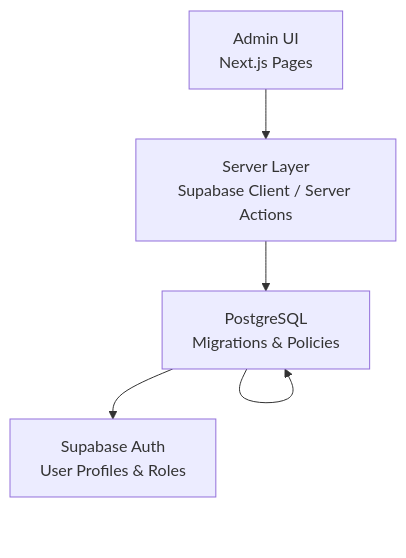
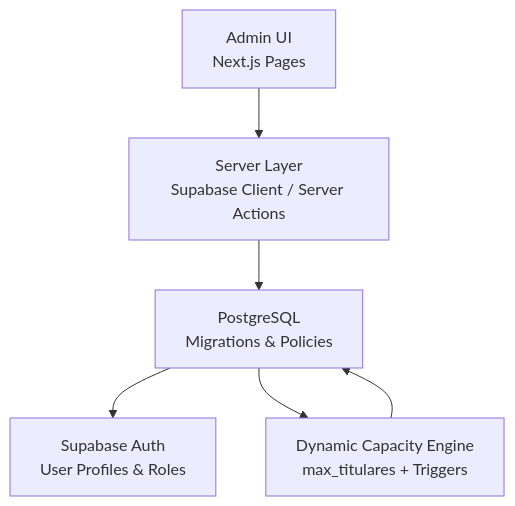
The fifth of 12 diagrams in .qoder/repowiki/en/content/Core Services & Business Logic/Admission & Cohort Management System.md (AgusCatra/simu-twin-web), drawn with Mermaid before and after one commit. The commit also changed other lines of this file and 25 other files, not shown here.

````diff
--- a/.qoder/repowiki/en/content/Core Services & Business Logic/Admission & Cohort Management System.md
+++ b/.qoder/repowiki/en/content/Core Services & Business Logic/Admission & Cohort Management System.md
@@ -107,11 +213,13 @@
 ```mermaid
 graph TB
 Client["Admin UI<br/>Next.js Pages"]
 Server["Server Layer<br/>Supabase Client / Server Actions"]
 DB["PostgreSQL<br/>Migrations & Policies"]
 Auth["Supabase Auth<br/>User Profiles & Roles"]
+DynamicCap["Dynamic Capacity Engine<br/>max_titulares + Triggers"]
 Client --> Server
 Server --> DB
 DB --> Auth
-DB --> DB
+DB --> DynamicCap
+DynamicCap --> DB
 ```
````
